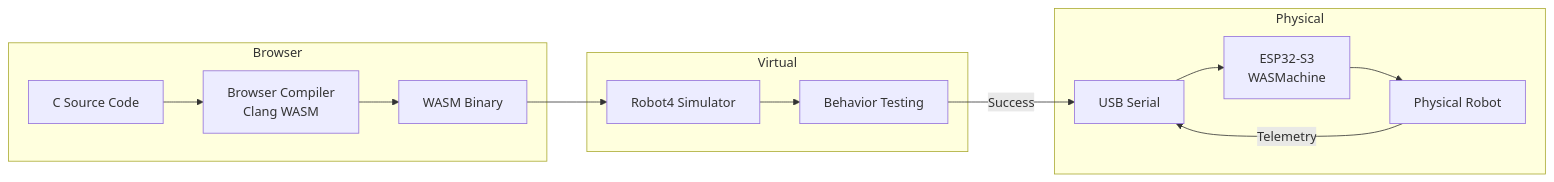
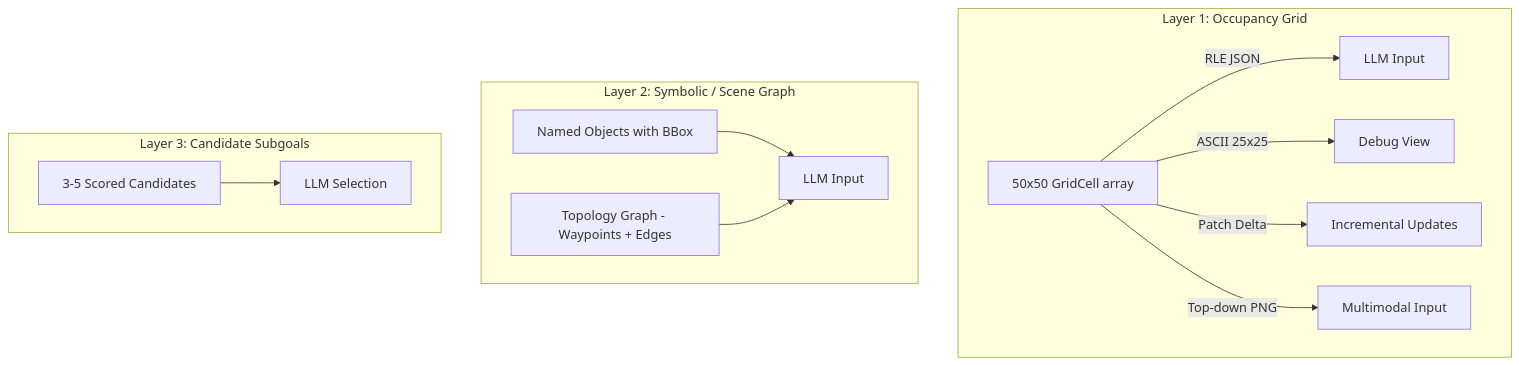
The fourth of 5 diagrams in docs/architecture/ARCHITECTURE.md (EvolvingAgentsLabs/llmos), drawn with Mermaid before and after one commit. The commit also changed other lines of this file and 20 other files, not shown here.

````diff
--- a/docs/architecture/ARCHITECTURE.md
+++ b/docs/architecture/ARCHITECTURE.md
@@ -524,30 +286,22 @@
 ```mermaid
-graph LR
-    subgraph "Browser"
-        C[C Source Code]
-        COMP[Browser Compiler<br/>Clang WASM]
-        BIN[WASM Binary]
+graph TB
+    subgraph "Layer 1: Occupancy Grid"
+        GRID[50x50 GridCell array]
+        GRID --> |RLE JSON| LLM_1[LLM Input]
+        GRID --> |ASCII 25x25| DEBUG[Debug View]
+        GRID --> |Patch Delta| INCR[Incremental Updates]
+        GRID --> |Top-down PNG| VIS_1[Multimodal Input]
     end
 
-    subgraph "Virtual"
-        SIM[Robot4 Simulator]
-        TEST[Behavior Testing]
+    subgraph "Layer 2: Symbolic / Scene Graph"
+        OBJ[Named Objects with BBox]
+        TOPO[Topology Graph - Waypoints + Edges]
+        OBJ --> LLM_2[LLM Input]
+        TOPO --> LLM_2
     end
 
-    subgraph "Physical"
-        USB[USB Serial]
-        ESP[ESP32-S3<br/>WASMachine]
-        HW[Physical Robot]
+    subgraph "Layer 3: Candidate Subgoals"
+        CAND[3-5 Scored Candidates]
+        CAND --> LLM_3[LLM Selection]
     end
-
-    C --> COMP
-    COMP --> BIN
-    BIN --> SIM
-    SIM --> TEST
-
-    TEST --> |Success| USB
-    USB --> ESP
-    ESP --> HW
-
-    HW --> |Telemetry| USB
 ```
````
